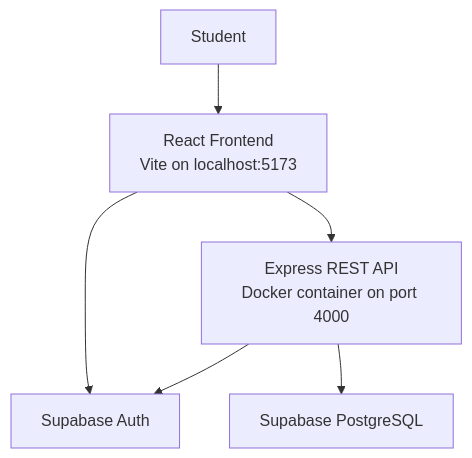
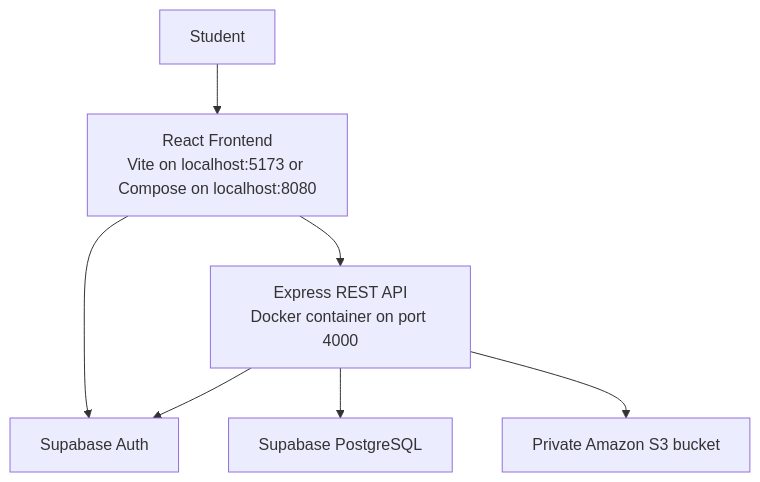
One commit to Omm1411/FindIt-at-Thapar changed the diagram in README.md. Above: the diagram before and after it, drawn with Mermaid. The commit also changed other lines of this file and 19 other files, not shown here.

````diff
--- a/README.md
+++ b/README.md
@@ -29,8 +31,9 @@
 ```mermaid
 flowchart TD
-    U[Student] --> FE[React Frontend<br/>Vite on localhost:5173]
+    U[Student] --> FE[React Frontend<br/>Vite on localhost:5173 or Compose on localhost:8080]
     FE --> AUTH[Supabase Auth]
     FE --> API[Express REST API<br/>Docker container on port 4000]
     API --> DB[Supabase PostgreSQL]
     API --> AUTH
+    API --> S3[Private Amazon S3 bucket]
 ```
````
